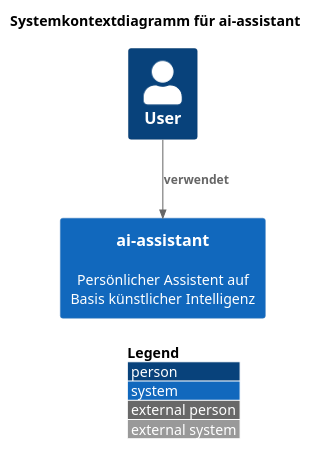
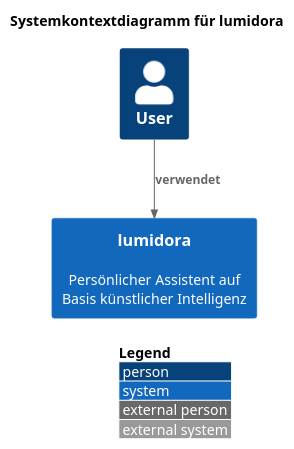
Before and after one commit to koshisinthehouse/lumidora-documentation: the diagram in docs/modules/ROOT/pages/systemkontext/systemkontext.plantuml, drawn with PlantUML. The commit also changed 7 other files, not shown here.

```diff
--- a/docs/modules/ROOT/pages/systemkontext/systemkontext.plantuml
+++ b/docs/modules/ROOT/pages/systemkontext/systemkontext.plantuml
@@ -1,14 +1,14 @@
 @startuml
 !include https://raw.githubusercontent.com/plantuml-stdlib/C4-PlantUML/master/C4_Context.puml
 ' uncomment the following line and comment the first to use locally
 ' !include C4_Context.puml
 
 LAYOUT_WITH_LEGEND()
 
-title Systemkontextdiagramm für ai-assistant
+title Systemkontextdiagramm für lumidora
 
 Person(benutzer, "User", "")
-System(aiassistant, "ai-assistant", "Persönlicher Assistent auf Basis künstlicher Intelligenz")
+System(aiassistant, "lumidora", "Persönlicher Assistent auf Basis künstlicher Intelligenz")
 
 Rel(benutzer, aiassistant, "verwendet")
 @enduml
```
